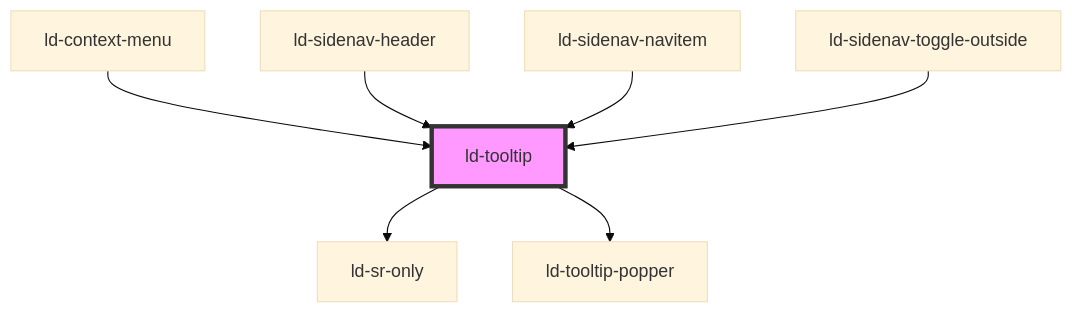
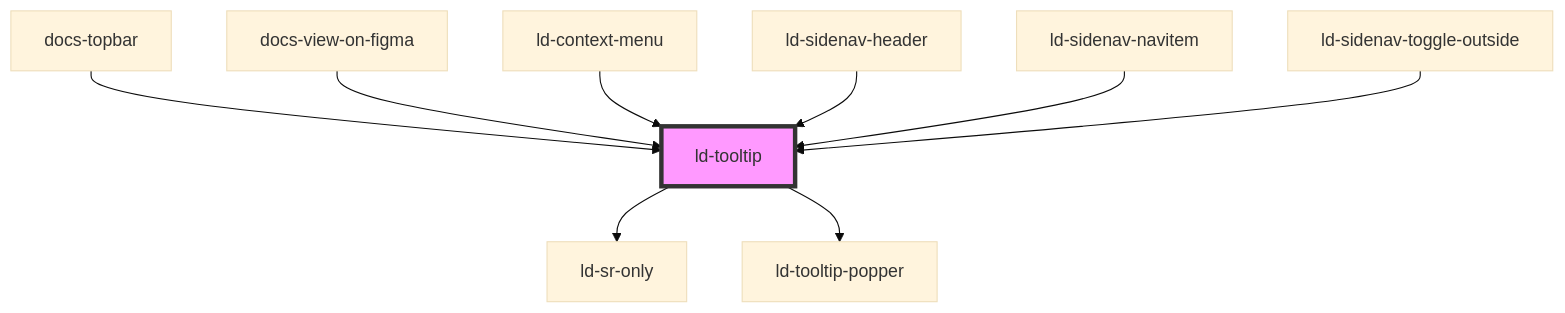
The diagram in src/liquid/components/ld-tooltip/readme.md (emdgroup-liquid/liquid), drawn with Mermaid (base theme) before and after one commit. The commit also changed other lines of this file and 16 other files, not shown here.

````diff
--- a/src/liquid/components/ld-tooltip/readme.md
+++ b/src/liquid/components/ld-tooltip/readme.md
@@ -504,10 +506,12 @@
 ```mermaid
 graph TD;
   ld-tooltip --> ld-sr-only
   ld-tooltip --> ld-tooltip-popper
+  docs-topbar --> ld-tooltip
+  docs-view-on-figma --> ld-tooltip
   ld-context-menu --> ld-tooltip
   ld-sidenav-header --> ld-tooltip
   ld-sidenav-navitem --> ld-tooltip
   ld-sidenav-toggle-outside --> ld-tooltip
   style ld-tooltip fill:#f9f,stroke:#333,stroke-width:4px
 ```
````
